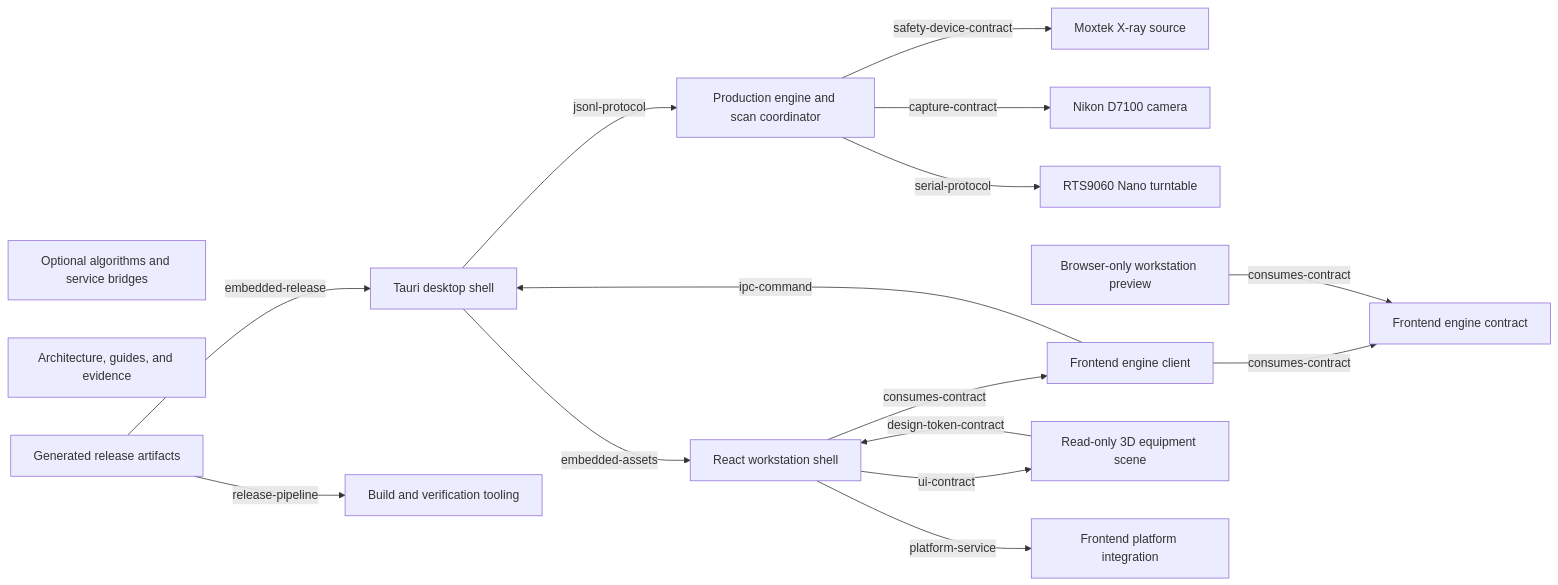
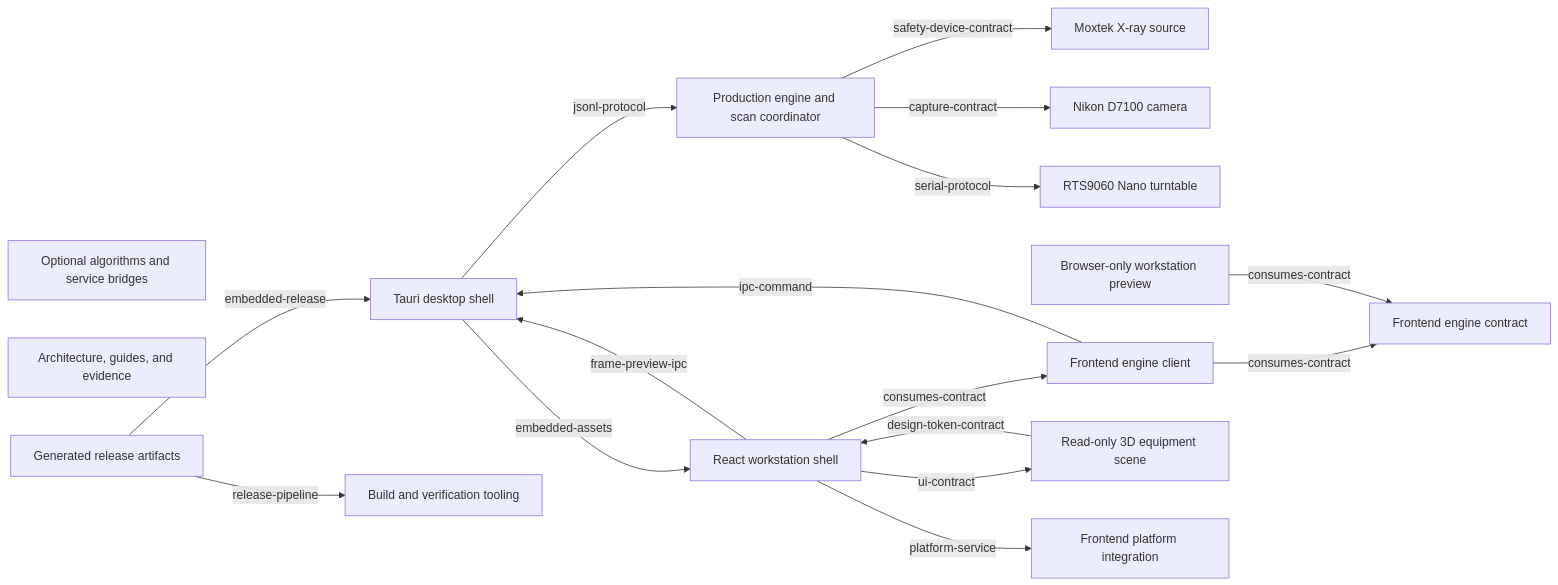
Before and after one commit to Holy1one/Micro-CT-Workstation: the diagram in docs/architecture/module-graph.md, drawn with Mermaid. The commit also changed other lines of this file and 17 other files, not shown here.

````diff
--- a/docs/architecture/module-graph.md
+++ b/docs/architecture/module-graph.md
@@ -8,32 +8,33 @@
 ```mermaid
 flowchart LR
   engine_core["Production engine and scan coordinator"]
   device_xray["Moxtek X-ray source"]
   device_camera["Nikon D7100 camera"]
   device_turntable["RTS9060 Nano turntable"]
   desktop_shell["Tauri desktop shell"]
   frontend_contract["Frontend engine contract"]
   frontend_client["Frontend engine client"]
   developer_preview["Browser-only workstation preview"]
   ui_shell["React workstation shell"]
   scene["Read-only 3D equipment scene"]
   platform["Frontend platform integration"]
   build_tooling["Build and verification tooling"]
   extensions["Optional algorithms and service bridges"]
   documentation["Architecture, guides, and evidence"]
   release_artifacts["Generated release artifacts"]
   release_artifacts -->|release-pipeline| build_tooling
   release_artifacts -->|embedded-release| desktop_shell
   desktop_shell -->|embedded-assets| ui_shell
   ui_shell -->|consumes-contract| frontend_client
   frontend_client -->|consumes-contract| frontend_contract
   developer_preview -->|consumes-contract| frontend_contract
   frontend_client -->|ipc-command| desktop_shell
+  ui_shell -->|frame-preview-ipc| desktop_shell
   desktop_shell -->|jsonl-protocol| engine_core
   engine_core -->|safety-device-contract| device_xray
   engine_core -->|capture-contract| device_camera
   engine_core -->|serial-protocol| device_turntable
   ui_shell -->|ui-contract| scene
   scene -->|design-token-contract| ui_shell
   ui_shell -->|platform-service| platform
 ```
````
